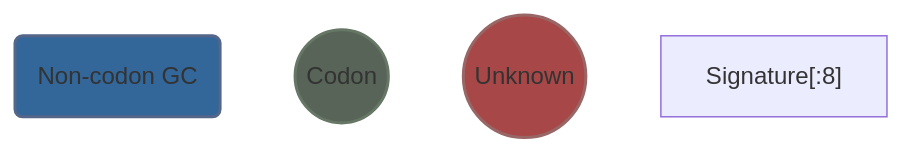
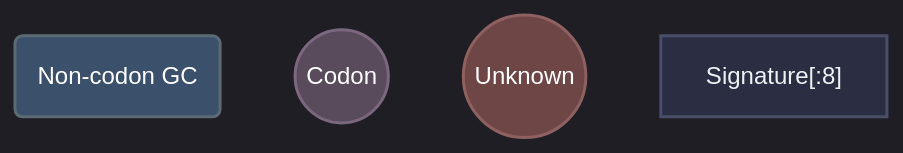
The first of 4 diagrams in docs/components/worker/executor.md (Shapedsundew9/erasmus-gp), drawn with Mermaid before and after one commit. The commit also changed other lines of this file and 21 other files, not shown here.

First line of the commit message:
Enhance Mermaid Diagrams and Color Consistency Across Documentation

````diff
--- a/docs/components/worker/executor.md
+++ b/docs/components/worker/executor.md
@@ -44,15 +44,14 @@
 ```mermaid
+%%{init: { 'theme': 'dark', 'themeVariables': { 'lineColor': '#6c7a89', 'textColor': '#edf2f4', 'mainBkg': '#2b2d42', 'primaryBorderColor': '#4a4e69' }}}%%
+flowchart TD
+    %% Base/Default (Dark Slate)
+    classDef default fill:#2b2d42,stroke:#4a4e69,stroke-width:2px,color:#edf2f4
+    classDef dataBlue fill:#3a506b,stroke:#5c6b73,stroke-width:2px,color:#ffffff
+    classDef dataPurple fill:#594a5c,stroke:#7b687f,stroke-width:2px,color:#ffffff
+    classDef dataRed fill:#6e4646,stroke:#8f6060,stroke-width:2px,color:#ffffff
 
-flowchart TD
-
-    GC(Non-codon GC):::blue
-    Codon((Codon)):::green
-    Unknown((Unknown)):::red
+    GC(Non-codon GC):::dataBlue
+    Codon((Codon)):::dataPurple
+    Unknown((Unknown)):::dataRed
     text["Signature[:8]"]
-
-classDef grey fill:#444444,stroke:#333333,stroke-width:2px
-classDef red fill:#A74747,stroke:#996666,stroke-width:2px
-classDef blue fill:#336699,stroke:#556688,stroke-width:2px
-classDef green fill:#576457,stroke:#667766,stroke-width:2px
-linkStyle default stroke:#AAAAAA,stroke-width:2px
 ```
````
